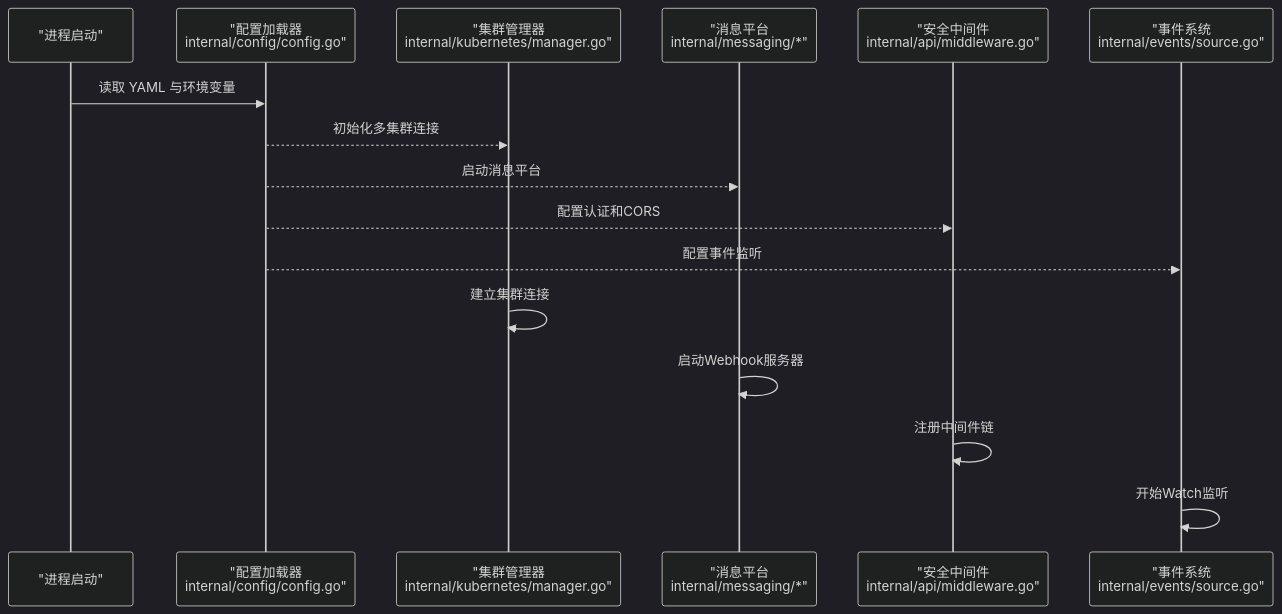
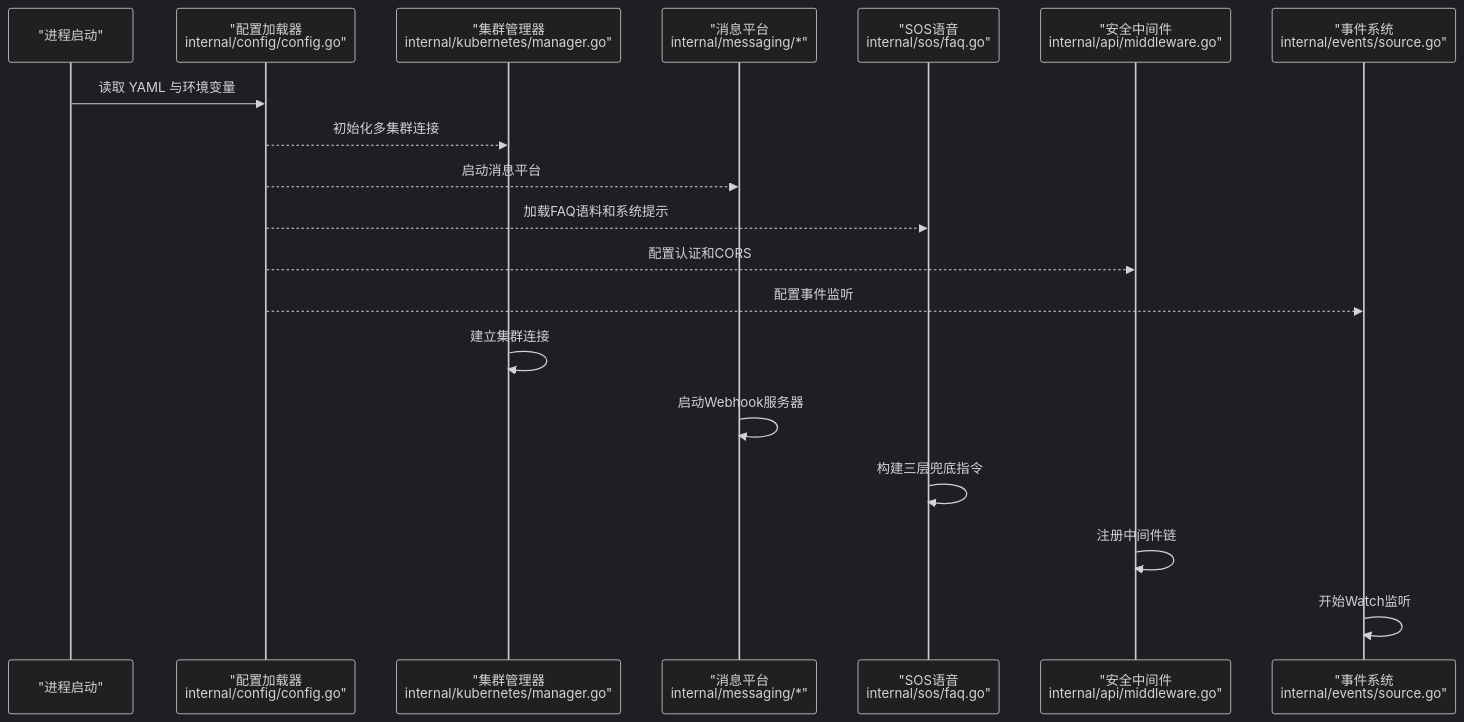
Before and after one commit to kudig-io/klaw: the second of 4 diagrams in .qoder/repowiki/zh/content/安装部署/配置管理.md, drawn with Mermaid (dark theme). The commit also changed other lines of this file and 232 other files, not shown here.

````diff
--- a/.qoder/repowiki/zh/content/安装部署/配置管理.md
+++ b/.qoder/repowiki/zh/content/安装部署/配置管理.md
@@ -123,18 +148,21 @@
 ```mermaid
 sequenceDiagram
 participant 启动 as "进程启动"
 participant 配置 as "配置加载器<br/>internal/config/config.go"
 participant 集群 as "集群管理器<br/>internal/kubernetes/manager.go"
 participant 消息 as "消息平台<br/>internal/messaging/*"
+participant sos as "SOS语音<br/>internal/sos/faq.go"
 participant 安全 as "安全中间件<br/>internal/api/middleware.go"
 participant 事件 as "事件系统<br/>internal/events/source.go"
 启动->>配置 : 读取 YAML 与环境变量
 配置-->>集群 : 初始化多集群连接
 配置-->>消息 : 启动消息平台
+配置-->>sos : 加载FAQ语料和系统提示
 配置-->>安全 : 配置认证和CORS
 配置-->>事件 : 配置事件监听
 集群->>集群 : 建立集群连接
 消息->>消息 : 启动Webhook服务器
+sos->>sos : 构建三层兜底指令
 安全->>安全 : 注册中间件链
 事件->>事件 : 开始Watch监听
 ```
````
